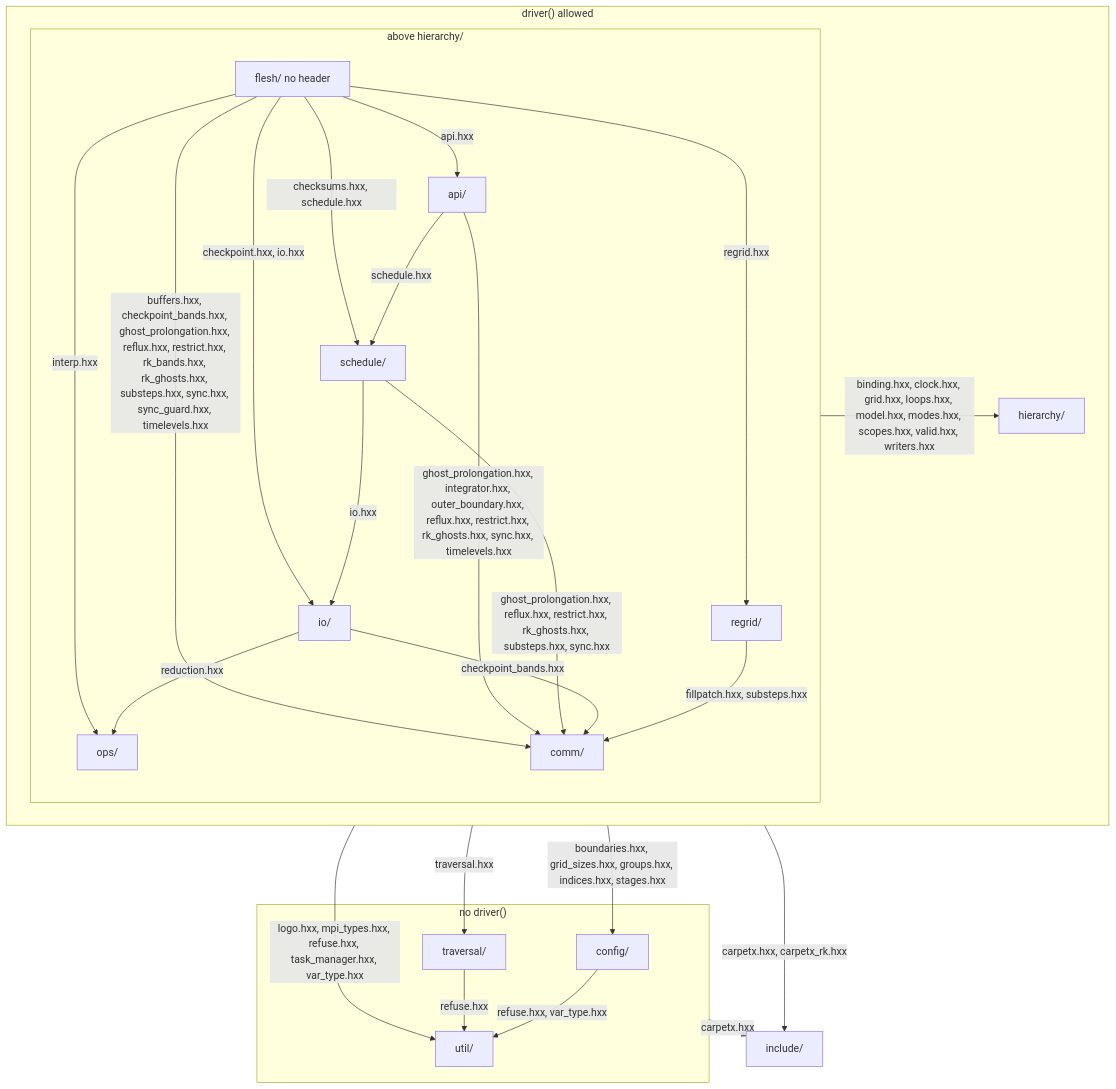
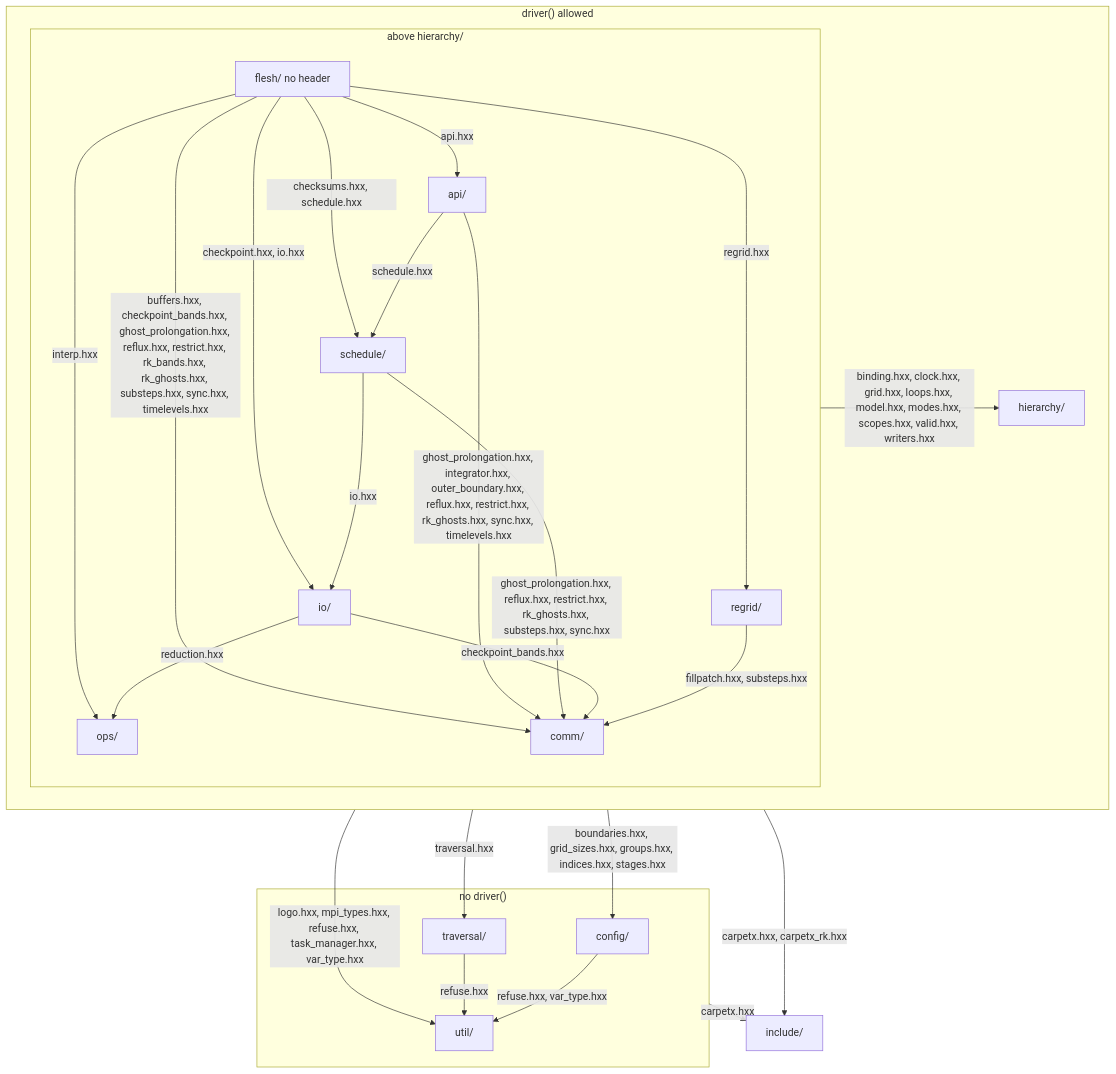
The first of 3 diagrams in agent_docs/carpetx-internals.md (lwJi/CarpetX), drawn with Mermaid before and after one commit. The commit also changed other lines of this file and 11 other files, not shown here.

````diff
--- a/agent_docs/carpetx-internals.md
+++ b/agent_docs/carpetx-internals.md
@@ -7,42 +7,42 @@
 ```mermaid
 flowchart TB
   subgraph door["driver() allowed"]
     subgraph above["above hierarchy/"]
       flesh["flesh/ no header"]
       api["api/"]
       schedule["schedule/"]
       io["io/"]
       ops["ops/"]
       regrid["regrid/"]
       comm["comm/"]
     end
     hierarchy["hierarchy/"]
   end
   subgraph nodoor["no driver()"]
     config["config/"]
     traversal["traversal/"]
     util["util/"]
   end
   include["include/"]
   flesh -- "api.hxx" --> api
   flesh -- "checksums.hxx, schedule.hxx" --> schedule
   flesh -- "checkpoint.hxx, io.hxx" --> io
   flesh -- "interp.hxx" --> ops
   flesh -- "regrid.hxx" --> regrid
-  flesh -- "buffers.hxx, checkpoint_bands.hxx, ghost_prolongation.hxx, reflux.hxx, restrict.hxx, rk_bands.hxx, rk_ghosts.hxx, substeps.hxx, sync.hxx, sync_guard.hxx, timelevels.hxx" --> comm
+  flesh -- "buffers.hxx, checkpoint_bands.hxx, ghost_prolongation.hxx, reflux.hxx, restrict.hxx, rk_bands.hxx, rk_ghosts.hxx, substeps.hxx, sync.hxx, timelevels.hxx" --> comm
   api -- "schedule.hxx" --> schedule
   api -- "ghost_prolongation.hxx, integrator.hxx, outer_boundary.hxx, reflux.hxx, restrict.hxx, rk_ghosts.hxx, sync.hxx, timelevels.hxx" --> comm
   schedule -- "io.hxx" --> io
   schedule -- "ghost_prolongation.hxx, reflux.hxx, restrict.hxx, rk_ghosts.hxx, substeps.hxx, sync.hxx" --> comm
   io -- "reduction.hxx" --> ops
   io -- "checkpoint_bands.hxx" --> comm
   regrid -- "fillpatch.hxx, substeps.hxx" --> comm
   config -- "refuse.hxx, var_type.hxx" --> util
   traversal -- "refuse.hxx" --> util
   above -- "binding.hxx, clock.hxx, grid.hxx, loops.hxx, model.hxx, modes.hxx, scopes.hxx, valid.hxx, writers.hxx" --> hierarchy
   door -- "boundaries.hxx, grid_sizes.hxx, groups.hxx, indices.hxx, stages.hxx" --> config
   door -- "traversal.hxx" --> traversal
   door -- "logo.hxx, mpi_types.hxx, refuse.hxx, task_manager.hxx, var_type.hxx" --> util
   door -- "carpetx.hxx, carpetx_rk.hxx" --> include
   nodoor -- "carpetx.hxx" --> include
 ```
````
